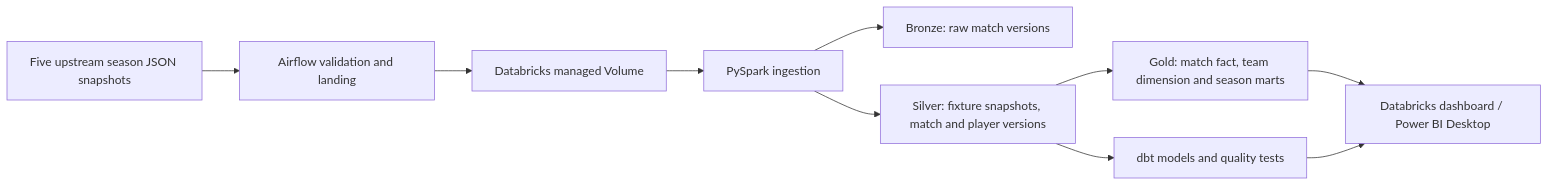
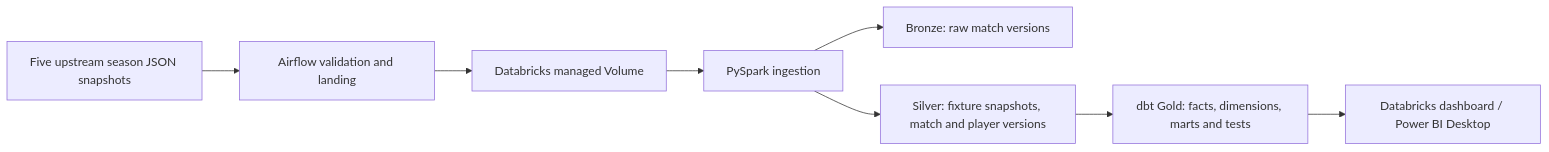
Before and after one commit to nlr20/rugby-analytics-lakehouse: the diagram in README.md, drawn with Mermaid. The commit also changed other lines of this file and 3 other files, not shown here.

Commit message:
Make dbt the canonical Gold layer

````diff
--- a/README.md
+++ b/README.md
@@ -9,12 +9,10 @@
 ```mermaid
 flowchart LR
     A[Five upstream season JSON snapshots] --> B[Airflow validation and landing]
     B --> C[Databricks managed Volume]
     C --> D[PySpark ingestion]
     D --> E[Bronze: raw match versions]
     D --> F[Silver: fixture snapshots, match and player versions]
-    F --> G[Gold: match fact, team dimension and season marts]
-    F --> H[dbt models and quality tests]
+    F --> G[dbt Gold: facts, dimensions, marts and tests]
     G --> I[Databricks dashboard / Power BI Desktop]
-    H --> I
 ```
````
